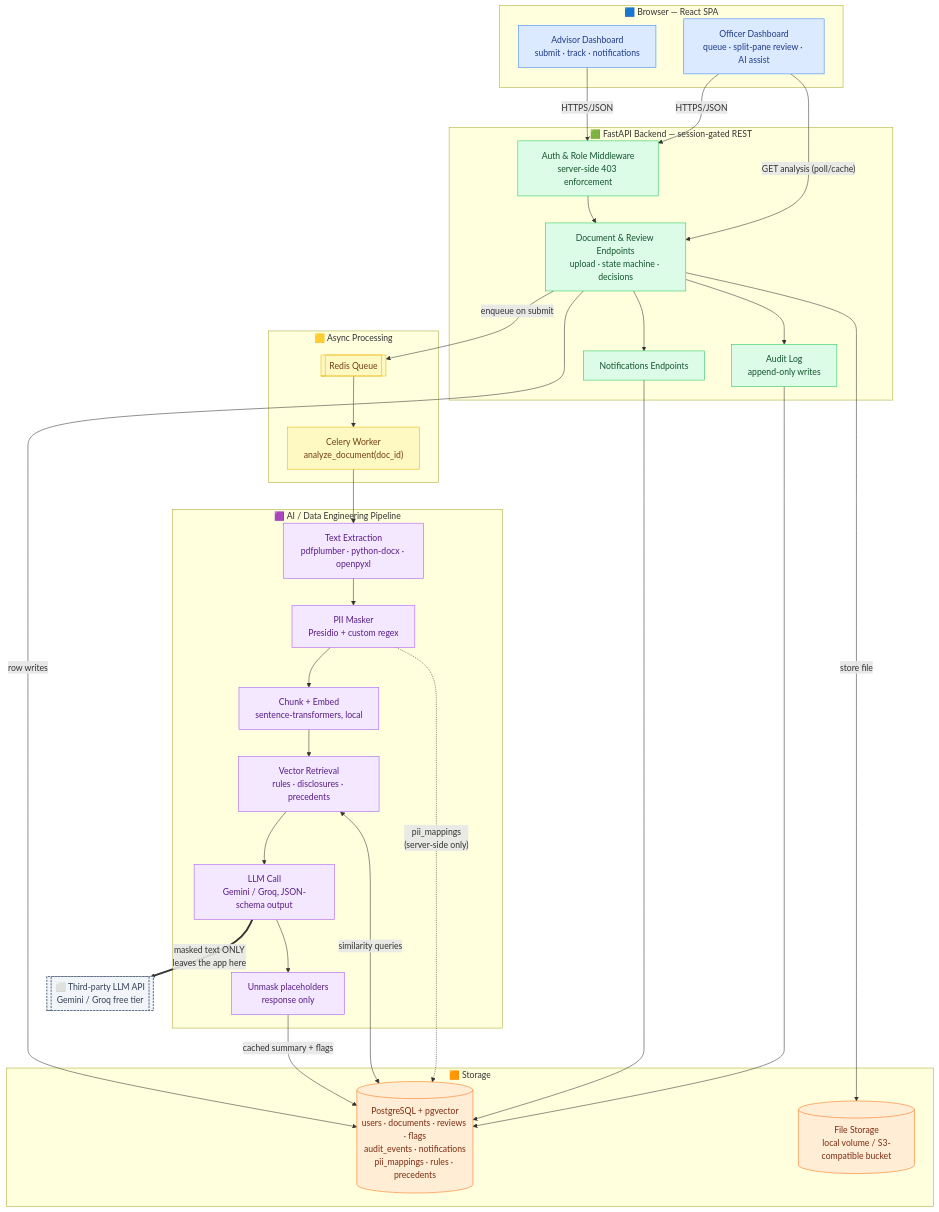
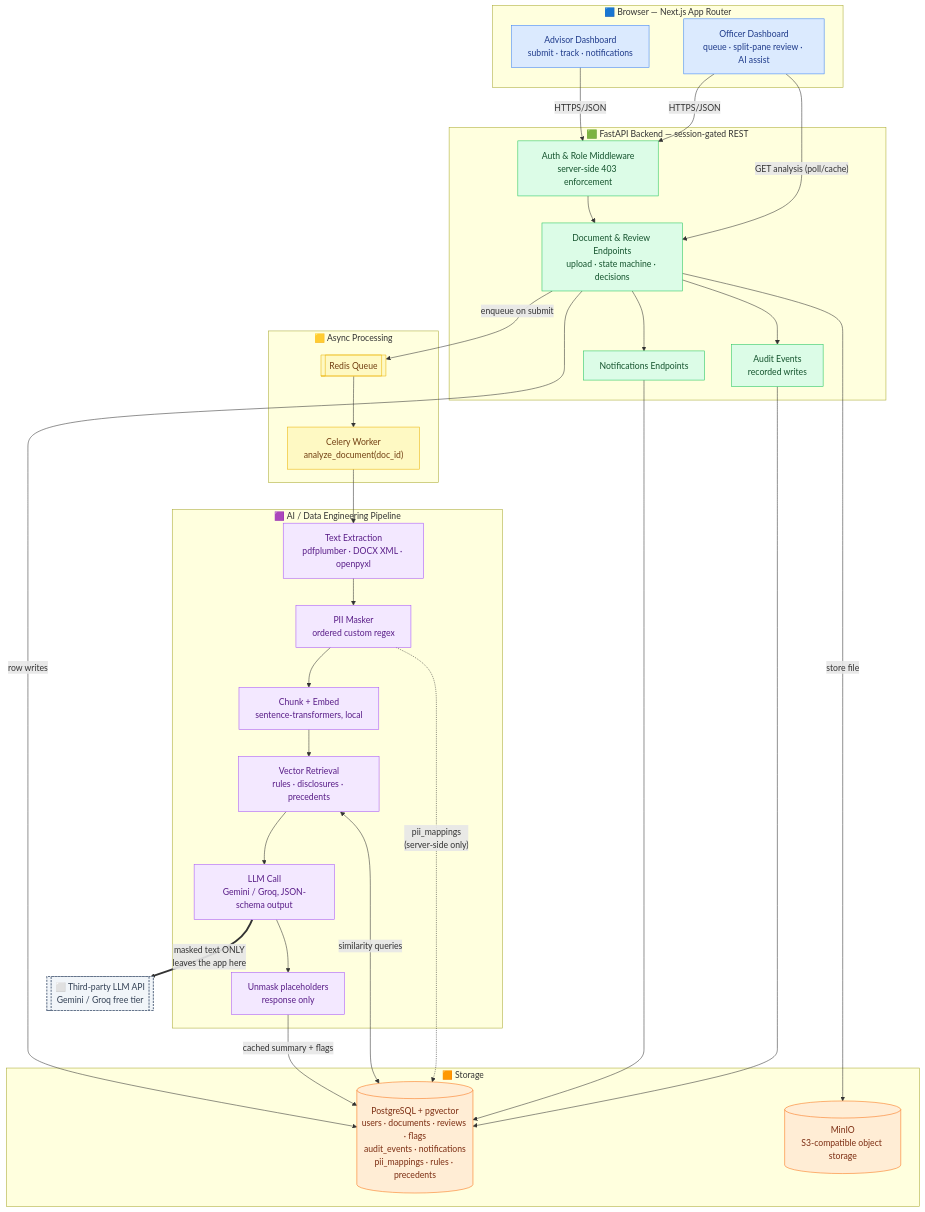
The first of 4 diagrams in docs/architecture.md (Glynac-Team1/Compliance-Document-Review-App), drawn with Mermaid before and after one commit. The commit also changed other lines of this file and 5 other files, not shown here.

First line of the commit message:
docs: update technical docs to reflect current stack and architecture

````diff
--- a/docs/architecture.md
+++ b/docs/architecture.md
@@ -26,69 +26,69 @@
 ```mermaid
 flowchart TB
-    subgraph Client["🟦 Browser — React SPA"]
+    subgraph Client["🟦 Browser — Next.js App Router"]
         AdvUI["Advisor Dashboard<br/>submit · track · notifications"]
         OffUI["Officer Dashboard<br/>queue · split-pane review · AI assist"]
     end
 
     subgraph EdgeAPI["🟩 FastAPI Backend — session-gated REST"]
         Auth["Auth & Role Middleware<br/>server-side 403 enforcement"]
         DocAPI["Document & Review Endpoints<br/>upload · state machine · decisions"]
         NotifAPI["Notifications Endpoints"]
-        AuditAPI["Audit Log<br/>append-only writes"]
+        AuditAPI["Audit Events<br/>recorded writes"]
     end
 
     subgraph AsyncLayer["🟨 Async Processing"]
         Queue[["Redis Queue"]]
         Worker["Celery Worker<br/>analyze_document(doc_id)"]
     end
 
     subgraph AIData["🟪 AI / Data Engineering Pipeline"]
-        Extract["Text Extraction<br/>pdfplumber · python-docx · openpyxl"]
-        Mask["PII Masker<br/>Presidio + custom regex"]
+        Extract["Text Extraction<br/>pdfplumber · DOCX XML · openpyxl"]
+        Mask["PII Masker<br/>ordered custom regex"]
         Embed["Chunk + Embed<br/>sentence-transformers, local"]
         Retrieve["Vector Retrieval<br/>rules · disclosures · precedents"]
         LLM["LLM Call<br/>Gemini / Groq, JSON-schema output"]
         Unmask["Unmask placeholders<br/>response only"]
     end
 
     subgraph Storage["🟧 Storage"]
         PG[("PostgreSQL + pgvector<br/>users · documents · reviews · flags<br/>audit_events · notifications<br/>pii_mappings · rules · precedents")]
-        Files[("File Storage<br/>local volume / S3-compatible bucket")]
+        Files[("MinIO<br/>S3-compatible object storage")]
     end
 
     External[["⬜ Third-party LLM API<br/>Gemini / Groq free tier"]]
 
     AdvUI -- "HTTPS/JSON" --> Auth
     OffUI -- "HTTPS/JSON" --> Auth
     Auth --> DocAPI
 
     DocAPI -- "store file" --> Files
     DocAPI -- "row writes" --> PG
     DocAPI -- "enqueue on submit" --> Queue
     Queue --> Worker
     Worker --> Extract --> Mask --> Embed --> Retrieve --> LLM --> Unmask
     Unmask -- "cached summary + flags" --> PG
     Retrieve <-- "similarity queries" --> PG
     Mask -. "pii_mappings<br/>(server-side only)" .-> PG
 
     DocAPI --> NotifAPI --> PG
     DocAPI --> AuditAPI --> PG
 
     OffUI -- "GET analysis (poll/cache)" --> DocAPI
 
     LLM == "masked text ONLY<br/>leaves the app here" ==> External
 
     classDef client fill:#dbeafe,stroke:#3b82f6,stroke-width:1px,color:#1e3a8a
     classDef api fill:#dcfce7,stroke:#22c55e,stroke-width:1px,color:#14532d
     classDef async fill:#fef9c3,stroke:#eab308,stroke-width:1px,color:#713f12
     classDef ai fill:#f3e8ff,stroke:#a855f7,stroke-width:1px,color:#581c87
     classDef storage fill:#ffedd5,stroke:#f97316,stroke-width:1px,color:#7c2d12
     classDef ext fill:#f1f5f9,stroke:#64748b,stroke-width:2px,stroke-dasharray:4 2,color:#334155
 
     class AdvUI,OffUI client
     class Auth,DocAPI,NotifAPI,AuditAPI api
     class Queue,Worker async
     class Extract,Mask,Embed,Retrieve,LLM,Unmask ai
     class PG,Files storage
     class External ext
 ```
````
